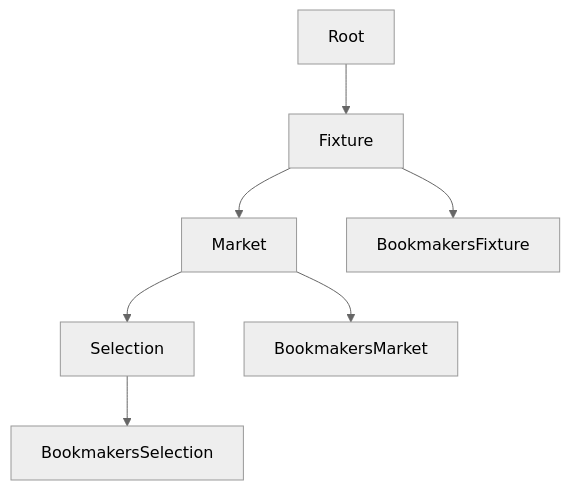
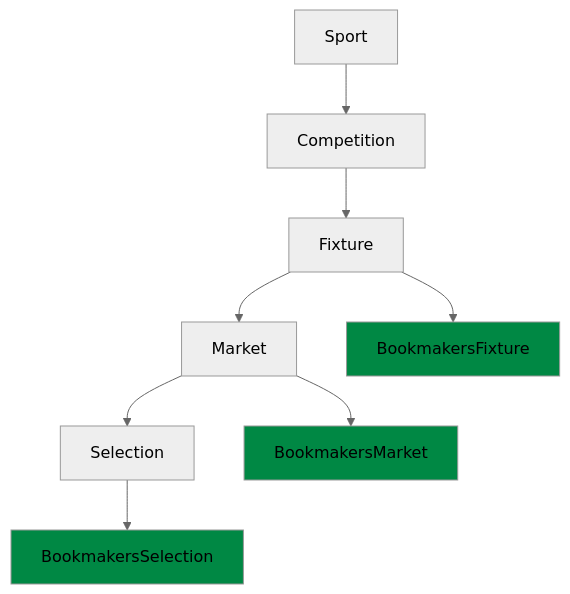
Before and after one commit to bettormetrics/Samples: the first of 2 diagrams in LinkConsumer/README.MD, drawn with Mermaid (neutral theme). The commit also changed other lines of this file, not shown here.

````diff
--- a/LinkConsumer/README.MD
+++ b/LinkConsumer/README.MD
@@ -17,9 +17,13 @@
 ```mermaid
 graph TD;
-    Root-->Fixture;
+    Sport-->Competition;
+    Competition-->Fixture;
     Fixture-->Market;
     Market-->Selection;
     Fixture-->BookmakersFixture;
     Market-->BookmakersMarket;
     Selection-->BookmakersSelection;
+    style BookmakersFixture fill:#008844
+    style BookmakersMarket fill:#008844
+    style BookmakersSelection fill:#008844
 ```
````
